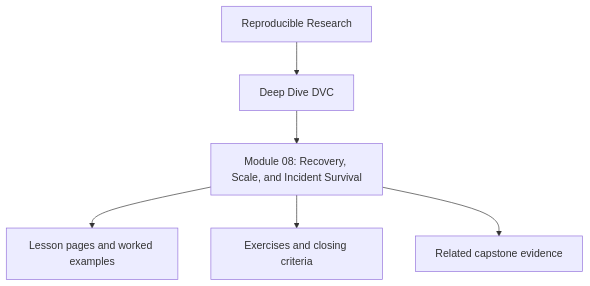
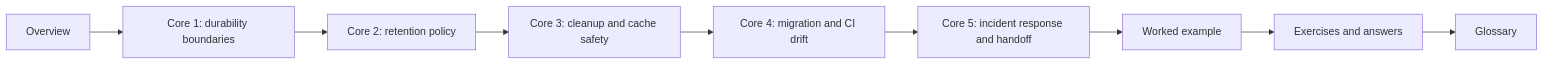
One commit to bijux/bijux-masterclass changed the diagram in programs/reproducible-research/deep-dive-dvc/course-book/module-08-recovery-scale-incident-survival/index.md. Above: the diagram before and after it, drawn with Mermaid. The commit also changed other lines of this file, not shown here.

Commit message:
docs(dvc): reshape recovery survival overview

````diff
--- a/programs/reproducible-research/deep-dive-dvc/course-book/module-08-recovery-scale-incident-survival/index.md
+++ b/programs/reproducible-research/deep-dive-dvc/course-book/module-08-recovery-scale-incident-survival/index.md
@@ -7,8 +49,11 @@
 ```mermaid
-flowchart TD
-  family["Reproducible Research"] --> program["Deep Dive DVC"]
-  program --> module["Module 08: Recovery, Scale, and Incident Survival"]
-  module --> lessons["Lesson pages and worked examples"]
-  module --> checkpoints["Exercises and closing criteria"]
-  module --> capstone["Related capstone evidence"]
+flowchart LR
+  overview["Overview"] --> core1["Core 1: durability boundaries"]
+  core1 --> core2["Core 2: retention policy"]
+  core2 --> core3["Core 3: cleanup and cache safety"]
+  core3 --> core4["Core 4: migration and CI drift"]
+  core4 --> core5["Core 5: incident response and handoff"]
+  core5 --> example["Worked example"]
+  example --> practice["Exercises and answers"]
+  practice --> glossary["Glossary"]
 ```
````
